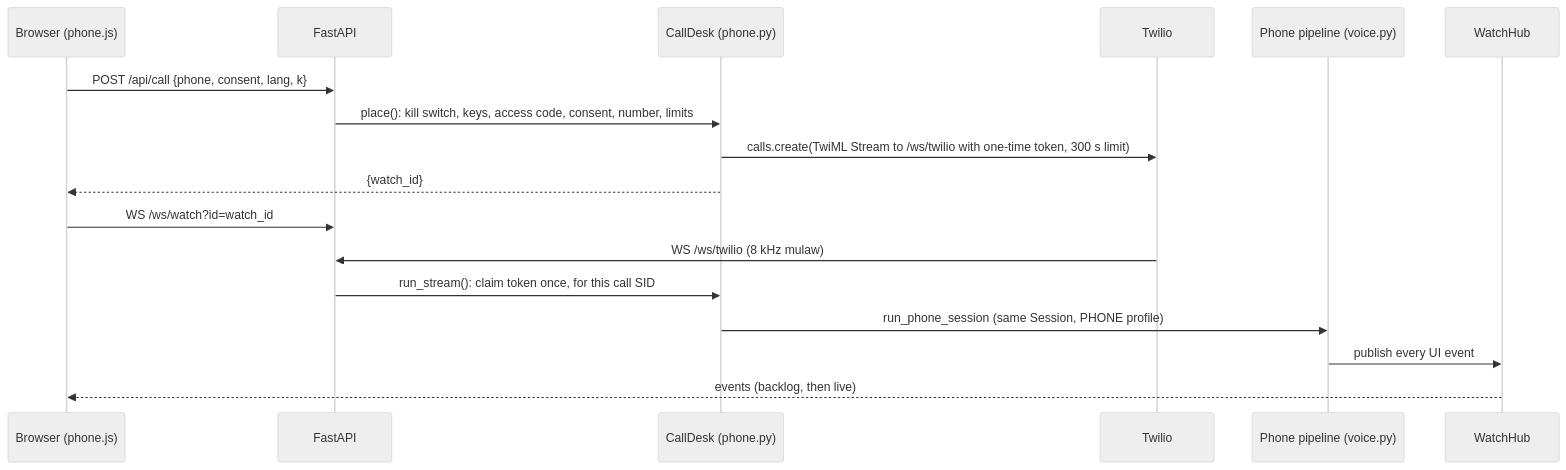
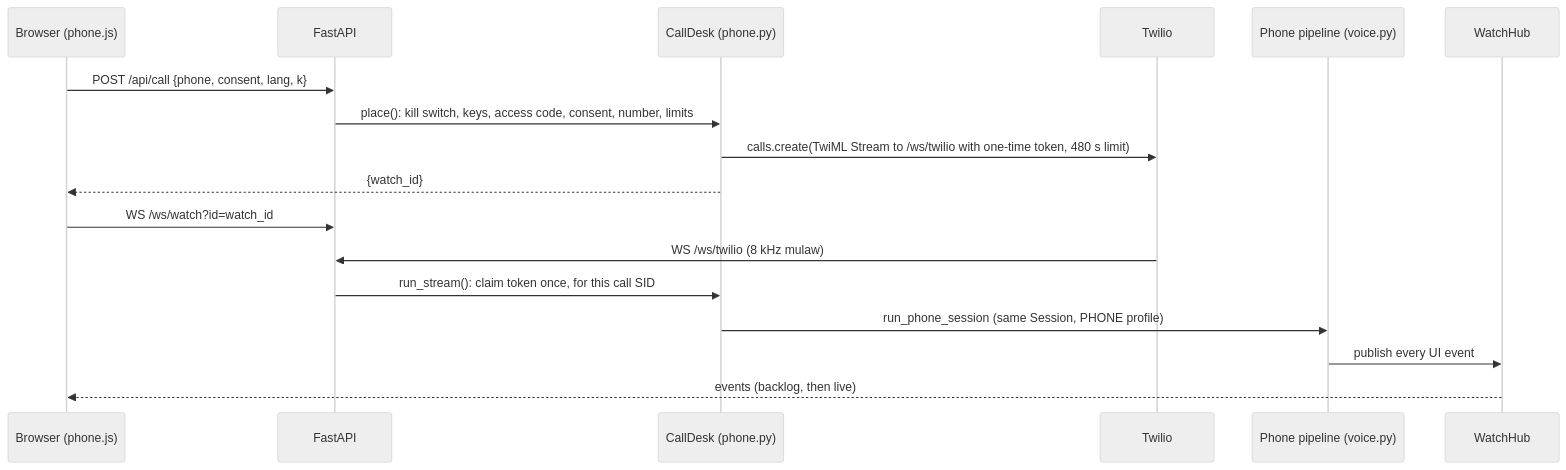
One commit to Adwaith-R-Nair/Samjho changed the fourth of 4 diagrams in docs/HLD.md. Above: the diagram before and after it, drawn with Mermaid (neutral theme). The commit also changed other lines of this file and 10 other files, not shown here.

````diff
--- a/docs/HLD.md
+++ b/docs/HLD.md
@@ -139,20 +139,20 @@
 ```mermaid
 sequenceDiagram
     participant B as Browser (phone.js)
     participant API as FastAPI
     participant D as CallDesk (phone.py)
     participant T as Twilio
     participant P as Phone pipeline (voice.py)
     participant H as WatchHub
 
     B->>API: POST /api/call {phone, consent, lang, k}
     API->>D: place(): kill switch, keys, access code, consent, number, limits
-    D->>T: calls.create(TwiML Stream to /ws/twilio with one-time token, 300 s limit)
+    D->>T: calls.create(TwiML Stream to /ws/twilio with one-time token, 480 s limit)
     D-->>B: {watch_id}
     B->>API: WS /ws/watch?id=watch_id
     T->>API: WS /ws/twilio (8 kHz mulaw)
     API->>D: run_stream(): claim token once, for this call SID
     D->>P: run_phone_session (same Session, PHONE profile)
     P->>H: publish every UI event
     H-->>B: events (backlog, then live)
 ```
````
